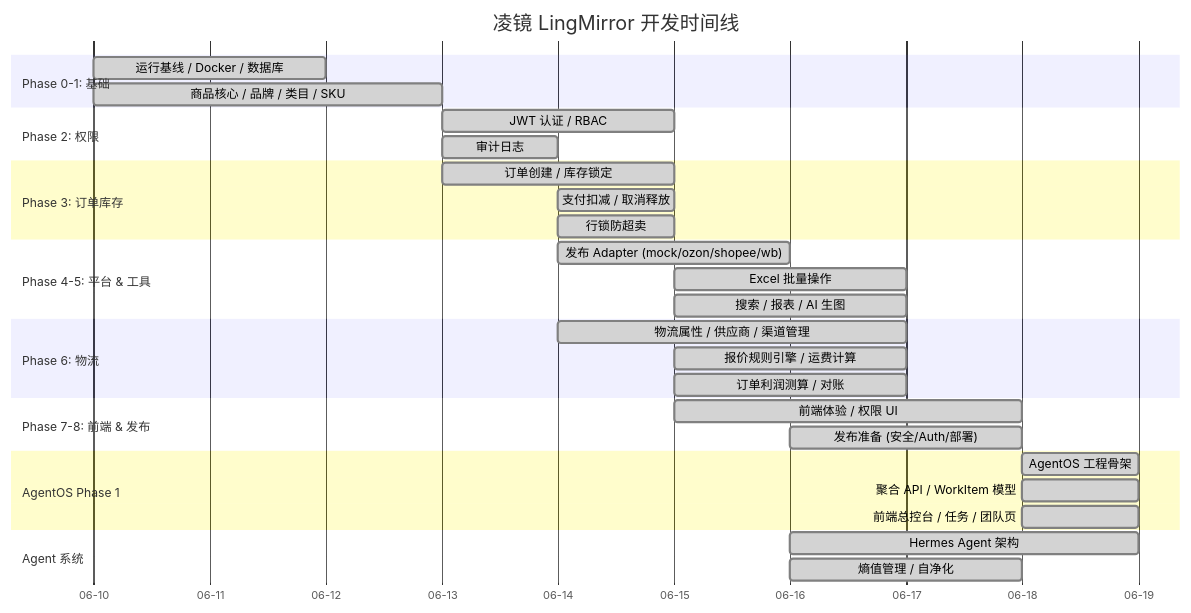
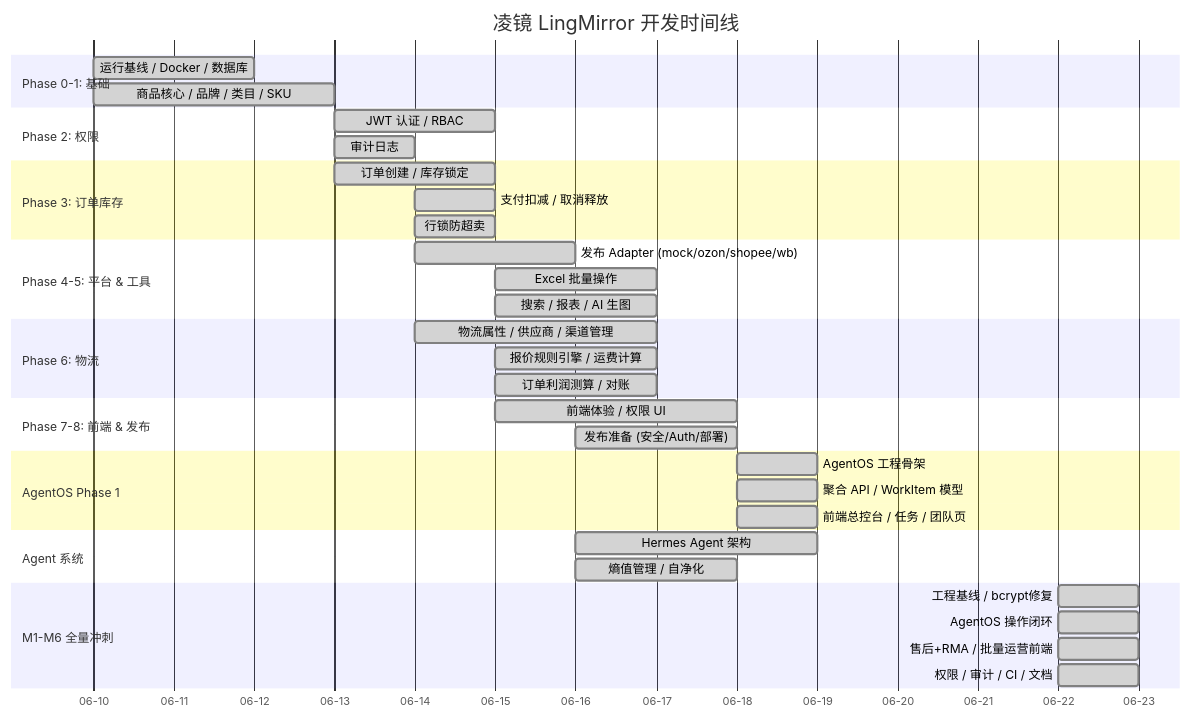
Before and after one commit to ihgoa501-stack/multisell: the diagram in docs/TIMELINE.md, drawn with Mermaid. The commit also changed other lines of this file and 25 other files, not shown here.

````diff
--- a/docs/TIMELINE.md
+++ b/docs/TIMELINE.md
@@ -37,42 +60,48 @@
 ```mermaid
 gantt
     title 凌镜 LingMirror 开发时间线
     dateFormat  YYYY-MM-DD
     axisFormat  %m-%d
     
     section Phase 0-1: 基础
     运行基线 / Docker / 数据库     :done, 2026-06-10, 2d
     商品核心 / 品牌 / 类目 / SKU  :done, 2026-06-10, 3d
 
     section Phase 2: 权限
     JWT 认证 / RBAC               :done, 2026-06-13, 2d
     审计日志                       :done, 2026-06-13, 1d
 
     section Phase 3: 订单库存
     订单创建 / 库存锁定             :done, 2026-06-13, 2d
     支付扣减 / 取消释放             :done, 2026-06-14, 1d
     行锁防超卖                     :done, 2026-06-14, 1d
 
     section Phase 4-5: 平台 & 工具
     发布 Adapter (mock/ozon/shopee/wb) :done, 2026-06-14, 2d
     Excel 批量操作                  :done, 2026-06-15, 2d
     搜索 / 报表 / AI 生图           :done, 2026-06-15, 2d
 
     section Phase 6: 物流
     物流属性 / 供应商 / 渠道管理    :done, 2026-06-14, 3d
     报价规则引擎 / 运费计算         :done, 2026-06-15, 2d
     订单利润测算 / 对账             :done, 2026-06-15, 2d
 
     section Phase 7-8: 前端 & 发布
     前端体验 / 权限 UI              :done, 2026-06-15, 3d
     发布准备 (安全/Auth/部署)       :done, 2026-06-16, 2d
 
     section AgentOS Phase 1
     AgentOS 工程骨架               :done, 2026-06-18, 1d
     聚合 API / WorkItem 模型       :done, 2026-06-18, 1d
     前端总控台 / 任务 / 团队页     :done, 2026-06-18, 1d
 
     section Agent 系统
     Hermes Agent 架构               :done, 2026-06-16, 3d
     熵值管理 / 自净化               :done, 2026-06-16, 2d
+
+    section M1-M6 全量冲刺
+    工程基线 / bcrypt修复            :done, 2026-06-22, 1d
+    AgentOS 操作闭环               :done, 2026-06-22, 1d
+    售后+RMA / 批量运营前端         :done, 2026-06-22, 1d
+    权限 / 审计 / CI / 文档          :done, 2026-06-22, 1d
 ```
````
